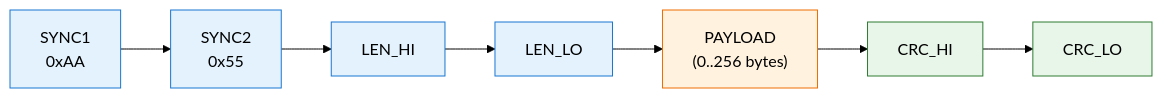
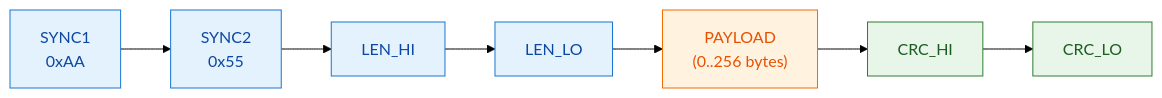
Before and after one commit to jakub-michalik/JetECU-Core: the first of 2 diagrams in doc/api/telemetry.rst, drawn with Mermaid (forest theme). The commit also changed 5 other files, not shown here.

First line of the commit message:
docs: fix Mermaid label readability on RTD theme

```diff
--- a/doc/api/telemetry.rst
+++ b/doc/api/telemetry.rst
@@ -12,16 +12,16 @@
 .. mermaid::
 
    flowchart LR
        S1["SYNC1<br/>0xAA"] --> S2["SYNC2<br/>0x55"]
        S2 --> LH["LEN_HI"]
        LH --> LL["LEN_LO"]
        LL --> PL["PAYLOAD<br/>(0..256 bytes)"]
        PL --> CH["CRC_HI"]
        CH --> CL["CRC_LO"]
 
-       classDef hdr fill:#e3f2fd,stroke:#1976d2;
-       classDef pay fill:#fff3e0,stroke:#ef6c00;
-       classDef crc fill:#e8f5e9,stroke:#2e7d32;
+       classDef hdr fill:#e3f2fd,stroke:#1976d2,color:#0d47a1;
+       classDef pay fill:#fff3e0,stroke:#ef6c00,color:#e65100;
+       classDef crc fill:#e8f5e9,stroke:#2e7d32,color:#1b5e20;
        class S1,S2,LH,LL hdr;
        class PL pay;
        class CH,CL crc;
```
